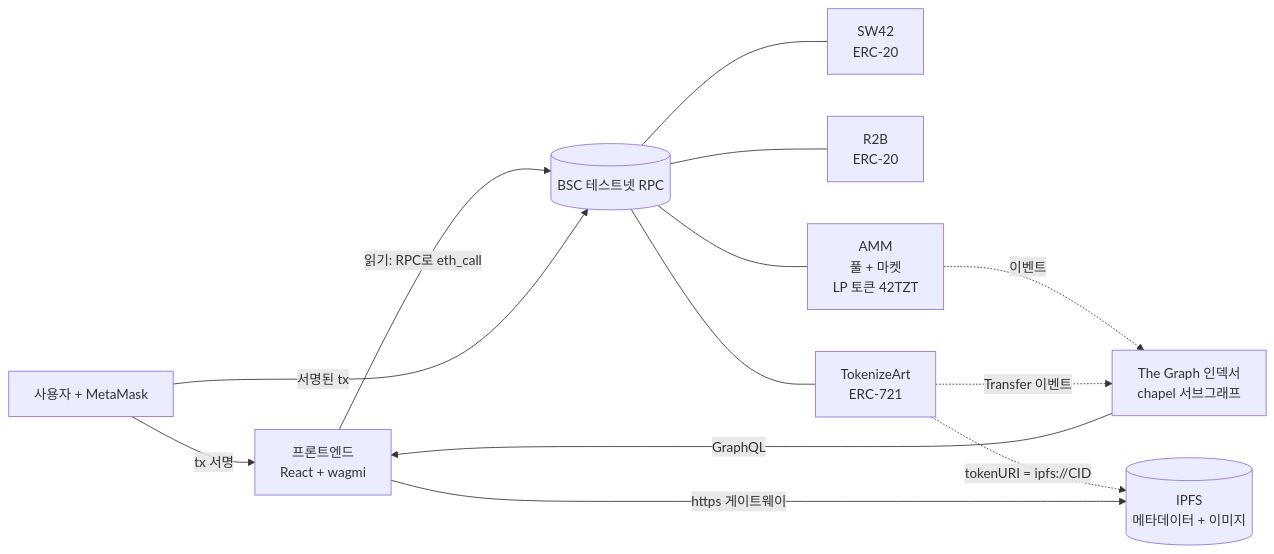
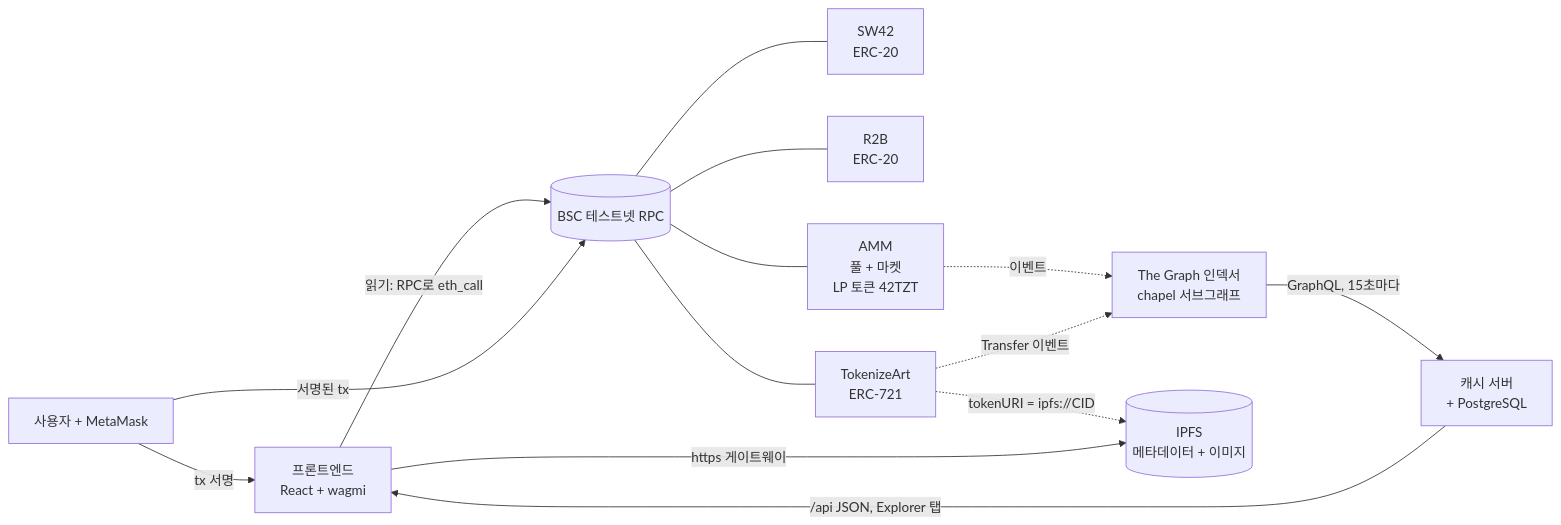
Before and after one commit to sunnnwo/TokenZswap: the first of 3 diagrams in documentation/architecture.ko.md, drawn with Mermaid. The commit also changed other lines of this file and 16 other files, not shown here.

````diff
--- a/documentation/architecture.ko.md
+++ b/documentation/architecture.ko.md
@@ -7,15 +7,16 @@
 ```mermaid
 flowchart LR
     U[사용자 + MetaMask] -->|tx 서명| FE[프론트엔드<br/>React + wagmi]
     FE -->|읽기: RPC로 eth_call| RPC[(BSC 테스트넷 RPC)]
     U -->|서명된 tx| RPC
     RPC --- A[SW42<br/>ERC-20]
     RPC --- B[R2B<br/>ERC-20]
     RPC --- AMM[AMM<br/>풀 + 마켓<br/>LP 토큰 42TZT]
     RPC --- NFT[TokenizeArt<br/>ERC-721]
     AMM -. 이벤트 .-> G[The Graph 인덱서<br/>chapel 서브그래프]
     NFT -. Transfer 이벤트 .-> G
-    G -->|GraphQL| FE
+    G -->|GraphQL, 15초마다| CS[캐시 서버<br/>+ PostgreSQL]
+    CS -->|/api JSON, Explorer 탭| FE
     NFT -. tokenURI = ipfs://CID .-> IPFS[(IPFS<br/>메타데이터 + 이미지)]
     FE -->|https 게이트웨이| IPFS
 ```
````
